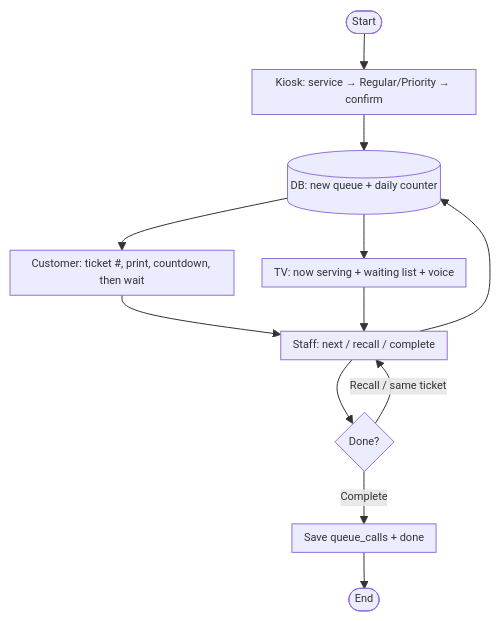
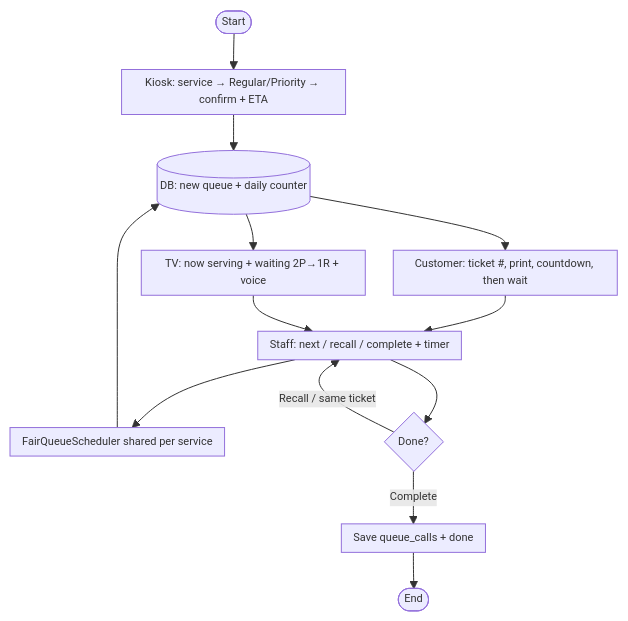
The first of 12 diagrams in docs/system-flowchart.md (rhems95/queuing-system), drawn with Mermaid before and after one commit. The commit also changed 3 other files, not shown here.

First line of the commit message:
Document Mermaid ERD and system flowchart in the README.

````diff
--- a/docs/system-flowchart.md
+++ b/docs/system-flowchart.md
@@ -32,15 +32,16 @@
 ```mermaid
 %%{init: {'flowchart': {'nodeSpacing': 28, 'rankSpacing': 36, 'padding': 6, 'useMaxWidth': true}, 'themeVariables': { 'fontSize': '11px'}}}%%
 flowchart TD
-    St([Start]) --> K["Kiosk: service → Regular/Priority → confirm"]
+    St([Start]) --> K["Kiosk: service → Regular/Priority → confirm + ETA"]
     K --> DB[("DB: new queue + daily counter")]
     DB --> PA["Customer: ticket #, print, countdown, then wait"]
-    DB --> PB["TV: now serving + waiting list + voice"]
-    PA --> SW["Staff: next / recall / complete"]
+    DB --> PB["TV: now serving + waiting 2P→1R + voice"]
+    PA --> SW["Staff: next / recall / complete + timer"]
     PB --> SW
-    SW --> DB
+    SW --> Fair["FairQueueScheduler shared per service"]
+    Fair --> DB
     SW --> Q{Done?}
     Q -->|Recall / same ticket| SW
     Q -->|Complete| H["Save queue_calls + done"]
     H --> En([End])
 ```
````
